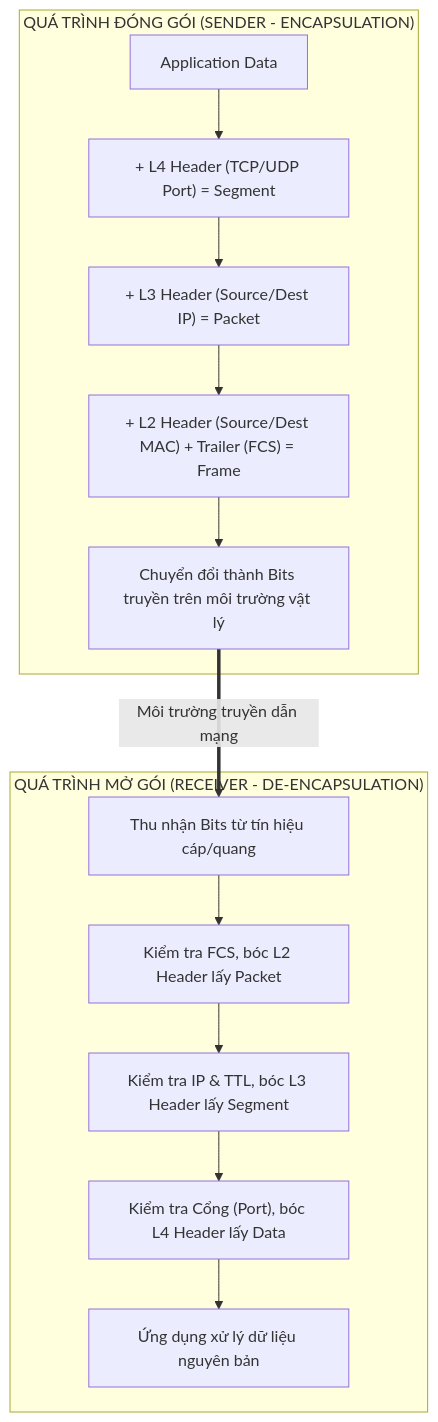
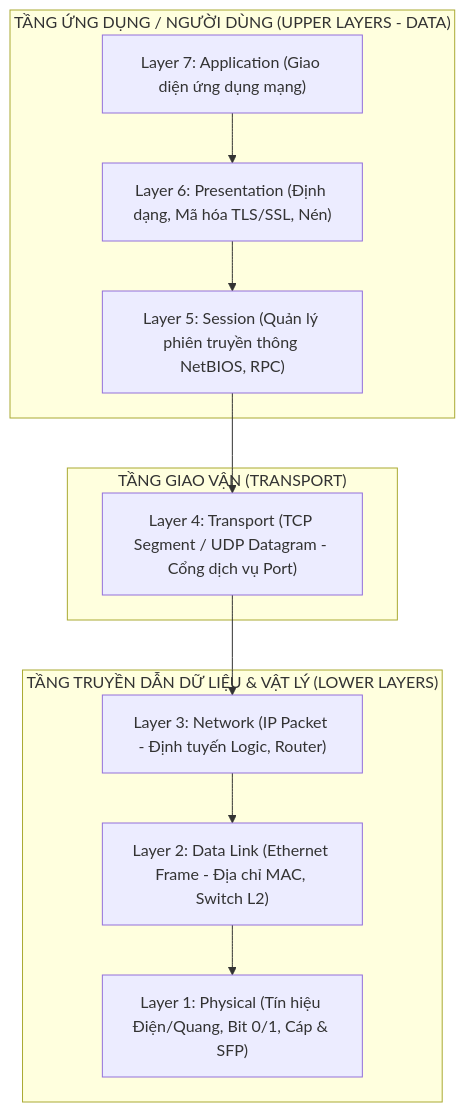
One commit to anhxuan2712/enterprise-network-security-monitoring changed the first of 2 diagrams in 01_Network_Fundamentals.md. Above: the diagram before and after it, drawn with Mermaid. The commit also changed other lines of this file and 7 other files, not shown here.

````diff
--- a/01_Network_Fundamentals.md
+++ b/01_Network_Fundamentals.md
@@ -27,18 +16,20 @@
 ```mermaid
-flowchart TD
-    subgraph GỬI ["QUÁ TRÌNH ĐÓNG GÓI (SENDER - ENCAPSULATION)"]
-        A1["Application Data"] --> B1["+ L4 Header (TCP/UDP Port) = Segment"]
-        B1 --> C1["+ L3 Header (Source/Dest IP) = Packet"]
-        C1 --> D1["+ L2 Header (Source/Dest MAC) + Trailer (FCS) = Frame"]
-        D1 --> E1["Chuyển đổi thành Bits truyền trên môi trường vật lý"]
+flowchart TB
+    subgraph TANG_CAO ["TẦNG ỨNG DỤNG / NGƯỜI DÙNG (UPPER LAYERS - DATA)"]
+        L7["Layer 7: Application (Giao diện ứng dụng mạng)"]
+        L6["Layer 6: Presentation (Định dạng, Mã hóa TLS/SSL, Nén)"]
+        L5["Layer 5: Session (Quản lý phiên truyền thông NetBIOS, RPC)"]
     end
 
-    subgraph NHẬN ["QUÁ TRÌNH MỞ GÓI (RECEIVER - DE-ENCAPSULATION)"]
-        E2["Thu nhận Bits từ tín hiệu cáp/quang"] --> D2["Kiểm tra FCS, bóc L2 Header lấy Packet"]
-        D2 --> C2["Kiểm tra IP & TTL, bóc L3 Header lấy Segment"]
-        C2 --> B2["Kiểm tra Cổng (Port), bóc L4 Header lấy Data"]
-        B2 --> A2["Ứng dụng xử lý dữ liệu nguyên bản"]
+    subgraph TANG_TRUNG_GIAN ["TẦNG GIAO VẬN (TRANSPORT)"]
+        L4["Layer 4: Transport (TCP Segment / UDP Datagram - Cổng dịch vụ Port)"]
     end
 
-    E1 ==>|Môi trường truyền dẫn mạng| E2
+    subgraph TANG_DUOI ["TẦNG TRUYỀN DẪN DỮ LIỆU & VẬT LÝ (LOWER LAYERS)"]
+        L3["Layer 3: Network (IP Packet - Định tuyến Logic, Router)"]
+        L2["Layer 2: Data Link (Ethernet Frame - Địa chỉ MAC, Switch L2)"]
+        L1["Layer 1: Physical (Tín hiệu Điện/Quang, Bit 0/1, Cáp & SFP)"]
+    end
+
+    L7 --> L6 --> L5 --> L4 --> L3 --> L2 --> L1
 ```
````
